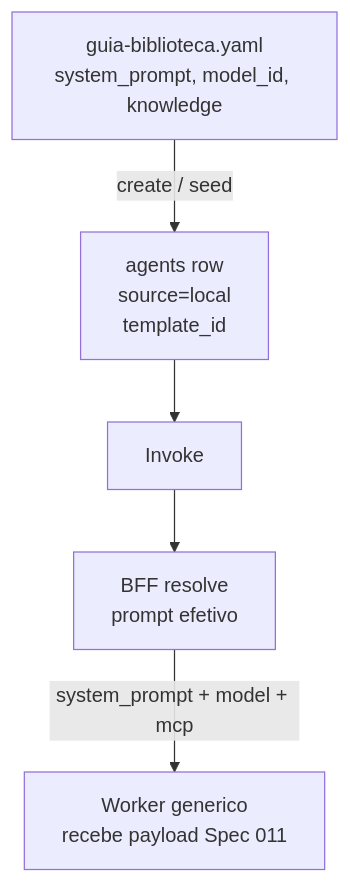
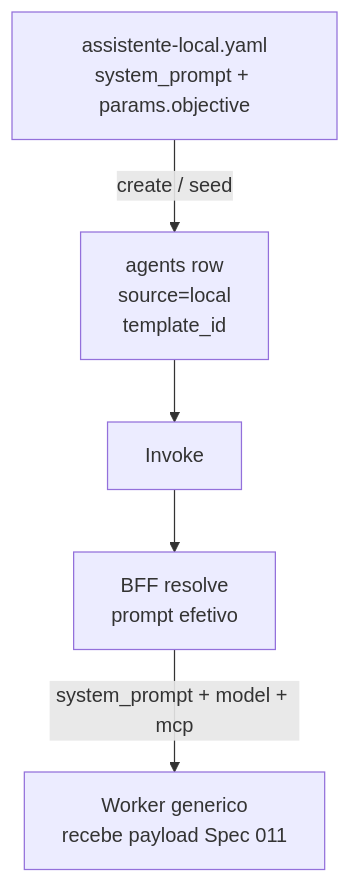
One commit to awslabs/loom changed the third of 5 diagrams in local-runtime/docs/adr/0013-local-agent-templates-worker-pool.md. Above: the diagram before and after it, drawn with Mermaid. The commit also changed other lines of this file and 18 other files, not shown here.

````diff
--- a/local-runtime/docs/adr/0013-local-agent-templates-worker-pool.md
+++ b/local-runtime/docs/adr/0013-local-agent-templates-worker-pool.md
@@ -123,13 +123,13 @@
 ```mermaid
 flowchart TB
-  yaml["guia-biblioteca.yaml<br/>system_prompt, model_id, knowledge"]
+  yaml["assistente-local.yaml<br/>system_prompt + params.objective"]
   reg["agents row<br/>source=local<br/>template_id"]
   inv["Invoke"]
   bff["BFF resolve<br/>prompt efetivo"]
   worker["Worker generico<br/>recebe payload Spec 011"]
 
   yaml -->|"create / seed"| reg
   reg --> inv
   inv --> bff
   bff -->|"system_prompt + model + mcp"| worker
 ```
````
